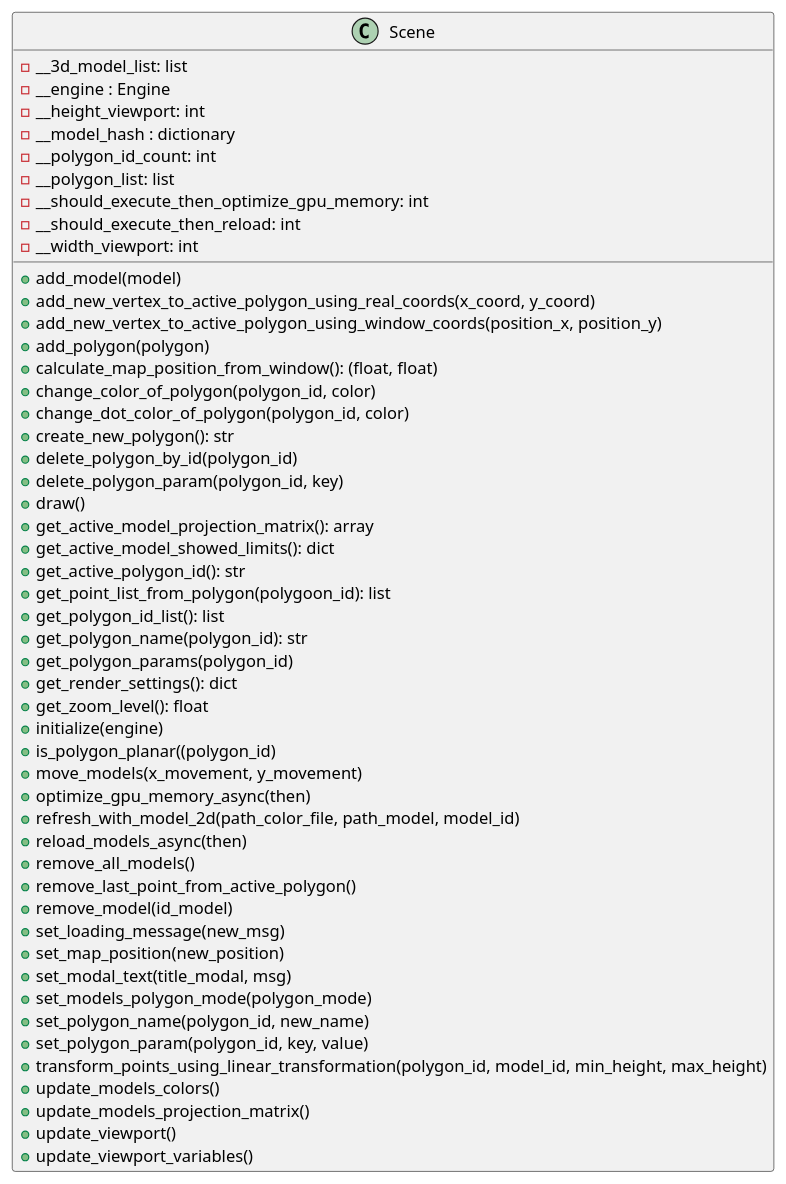
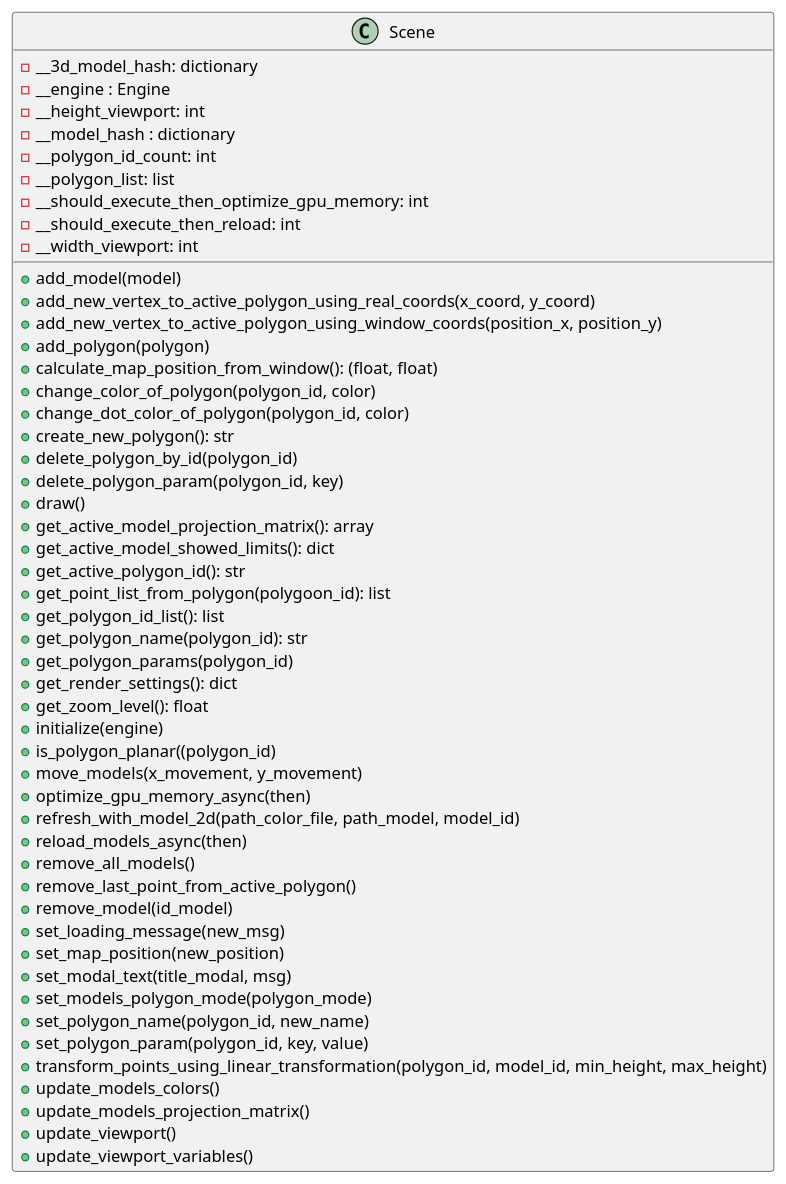
One commit to ferpoble2/Relief_Creator changed the diagram in docs/classes/Scene.puml. Above: the diagram before and after it, drawn with PlantUML. The commit also changed 1 other file, not shown here.

Commit message:
changed list of 3dmodels to hash

```diff
--- a/docs/classes/Scene.puml
+++ b/docs/classes/Scene.puml
@@ -1,55 +1,55 @@
 @startuml
             class Scene{
                 + add_model(model)
                 + add_new_vertex_to_active_polygon_using_real_coords(x_coord, y_coord)
                 + add_new_vertex_to_active_polygon_using_window_coords(position_x, position_y)
                 + add_polygon(polygon)
                 + calculate_map_position_from_window(): (float, float)
                 + change_color_of_polygon(polygon_id, color)
                 + change_dot_color_of_polygon(polygon_id, color)
                 + create_new_polygon(): str
                 + delete_polygon_by_id(polygon_id)
                 + delete_polygon_param(polygon_id, key)
                 + draw()
                 + get_active_model_projection_matrix(): array
                 + get_active_model_showed_limits(): dict
                 + get_active_polygon_id(): str
                 + get_point_list_from_polygon(polygoon_id): list
                 + get_polygon_id_list(): list
                 + get_polygon_name(polygon_id): str
                 + get_polygon_params(polygon_id)
                 + get_render_settings(): dict
                 + get_zoom_level(): float
                 + initialize(engine)
                 + is_polygon_planar((polygon_id)
                 + move_models(x_movement, y_movement)
                 + optimize_gpu_memory_async(then)
                 + refresh_with_model_2d(path_color_file, path_model, model_id)
                 + reload_models_async(then)
                 + remove_all_models()
                 + remove_last_point_from_active_polygon()
                 + remove_model(id_model)
                 + set_loading_message(new_msg)
                 + set_map_position(new_position)
                 + set_modal_text(title_modal, msg)
                 + set_models_polygon_mode(polygon_mode)
                 + set_polygon_name(polygon_id, new_name)
                 + set_polygon_param(polygon_id, key, value)
                 + transform_points_using_linear_transformation(polygon_id, model_id, min_height, max_height)
                 + update_models_colors()
                 + update_models_projection_matrix()
                 + update_viewport()
                 + update_viewport_variables()
 
-                - __3d_model_list: list
+                - __3d_model_hash: dictionary
                 - __engine : Engine
                 - __height_viewport: int
                 - __model_hash : dictionary
                 - __polygon_id_count: int
                 - __polygon_list: list
                 - __should_execute_then_optimize_gpu_memory: int
                 - __should_execute_then_reload: int
                 - __width_viewport: int
             }
 
 @enduml
```
